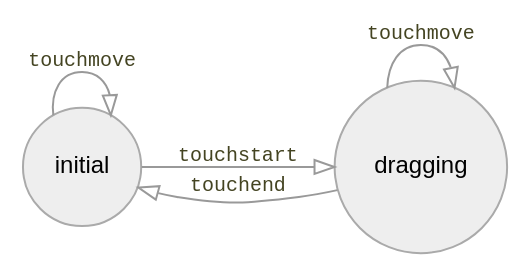
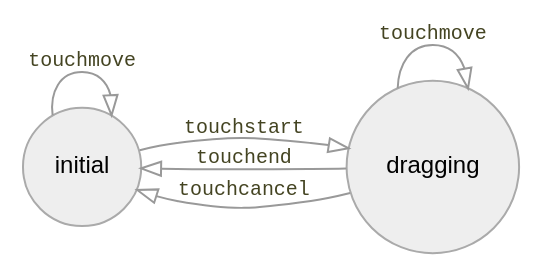
The fourth of 7 diagrams in index.org (redblobgames/making-of-draggable), drawn with Graphviz before and after one commit. The commit also changed other lines of this file and 1 other file, not shown here.

```diff
--- a/index.org
+++ b/index.org
@@ -126,12 +126,13 @@
 #+begin_src dot :file build/touch.svg :exports results
 digraph {
     node [fontname=Helvetica, fontsize=12, shape=circle, style=filled, color="#aaaaaa", fillcolor="#eeeeee"];
     edge [fontname=Courier, fontsize=10, fontcolor="#444422", color="#999999", fillcolor="#ffffff"];
     
     rankdir=LR;
     initial -> initial [label = "touchmove"];
     initial -> dragging [label = "touchstart"];
     dragging -> dragging [label = "touchmove"];
     dragging -> initial [label = "touchend"];
+    dragging -> initial [label = "touchcancel"];
 }
 #+end_src
```
